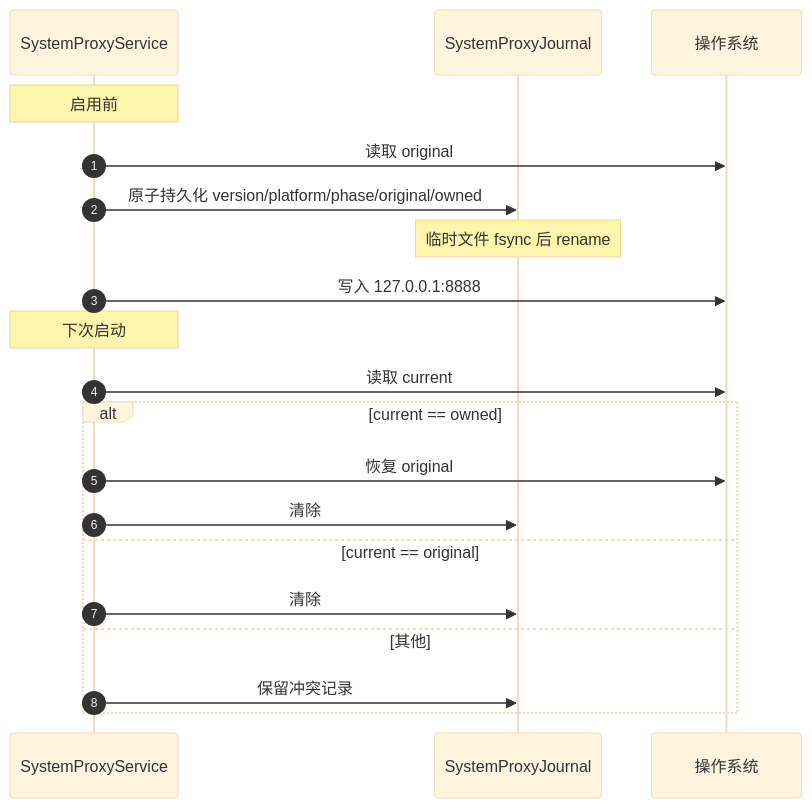
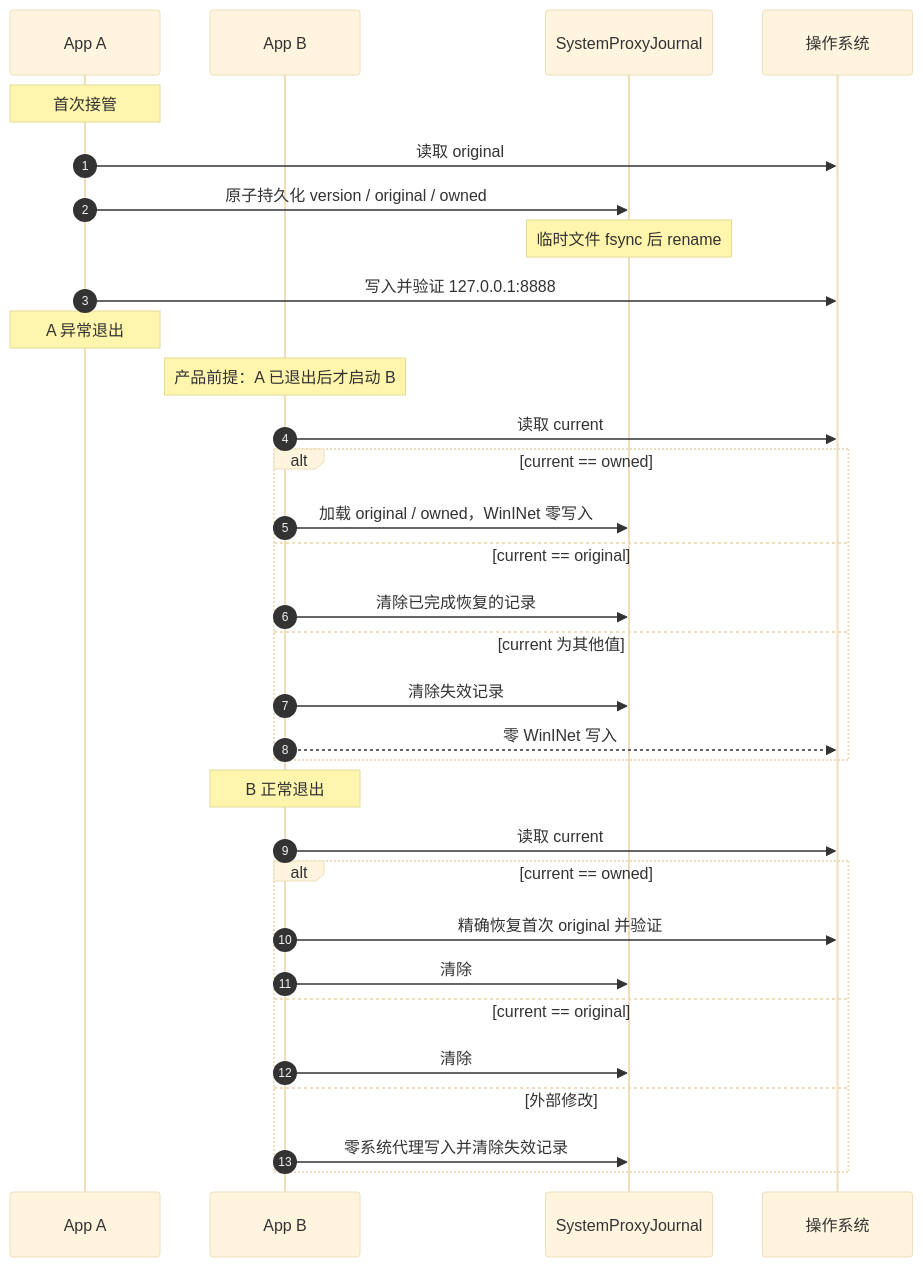
The fourth of 7 diagrams in architecture/features/settings.md (zhxmt-xm/Interceptor), drawn with Mermaid (base theme) before and after one commit. The commit also changed other lines of this file and 44 other files, not shown here.

Commit message:
fix(desktop): harden system proxy crash recovery

````diff
--- a/architecture/features/settings.md
+++ b/architecture/features/settings.md
@@ -173,24 +190,37 @@
 ```mermaid
 sequenceDiagram
     autonumber
-    participant Svc as SystemProxyService
+    participant A as App A
+    participant B as App B
     participant Journal as SystemProxyJournal
     participant OS as 操作系统
 
-    Note over Svc: 启用前
-    Svc->>OS: 读取 original
-    Svc->>Journal: 原子持久化 version/platform/phase/original/owned
+    Note over A: 首次接管
+    A->>OS: 读取 original
+    A->>Journal: 原子持久化 version / original / owned
     Note over Journal: 临时文件 fsync 后 rename
-    Svc->>OS: 写入 127.0.0.1:8888
+    A->>OS: 写入并验证 127.0.0.1:8888
+    Note over A: A 异常退出
 
-    Note over Svc: 下次启动
-    Svc->>OS: 读取 current
+    Note over B: 产品前提：A 已退出后才启动 B
+    B->>OS: 读取 current
     alt current == owned
-        Svc->>OS: 恢复 original
-        Svc->>Journal: 清除
+        B->>Journal: 加载 original / owned，WinINet 零写入
     else current == original
-        Svc->>Journal: 清除
-    else 其他
-        Svc->>Journal: 保留冲突记录
+        B->>Journal: 清除已完成恢复的记录
+    else current 为其他值
+        B->>Journal: 清除失效记录
+        B-->>OS: 零 WinINet 写入
+    end
+
+    Note over B: B 正常退出
+    B->>OS: 读取 current
+    alt current == owned
+        B->>OS: 精确恢复首次 original 并验证
+        B->>Journal: 清除
+    else current == original
+        B->>Journal: 清除
+    else 外部修改
+        B->>Journal: 零系统代理写入并清除失效记录
     end
 ```
````
